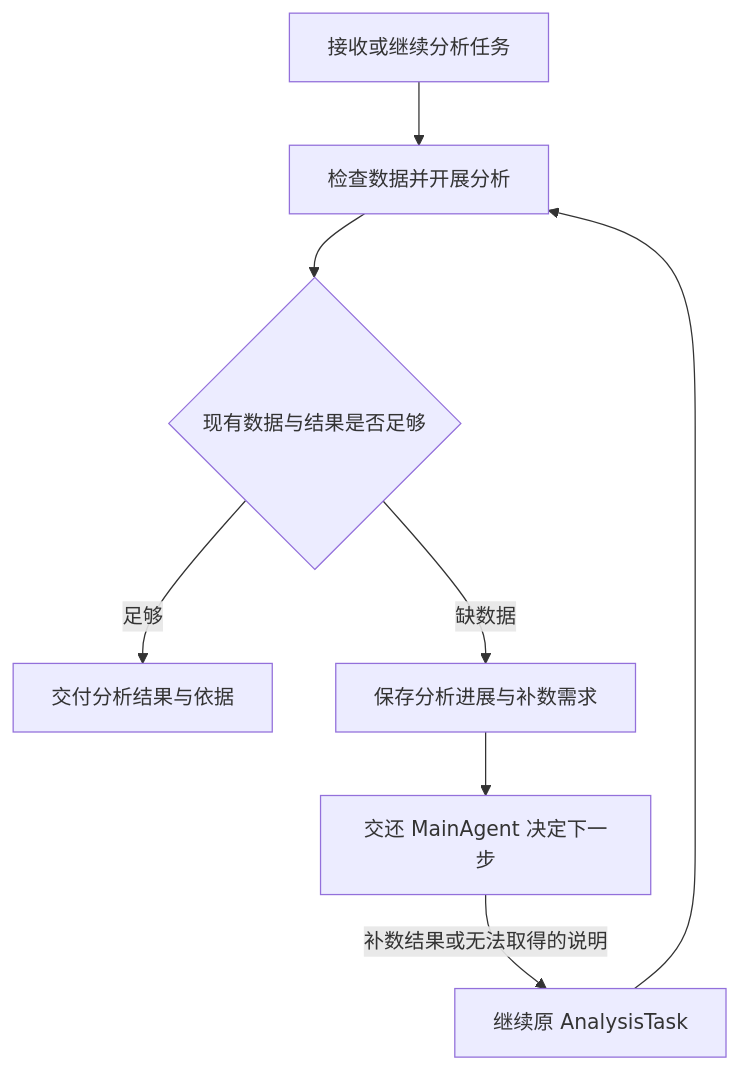
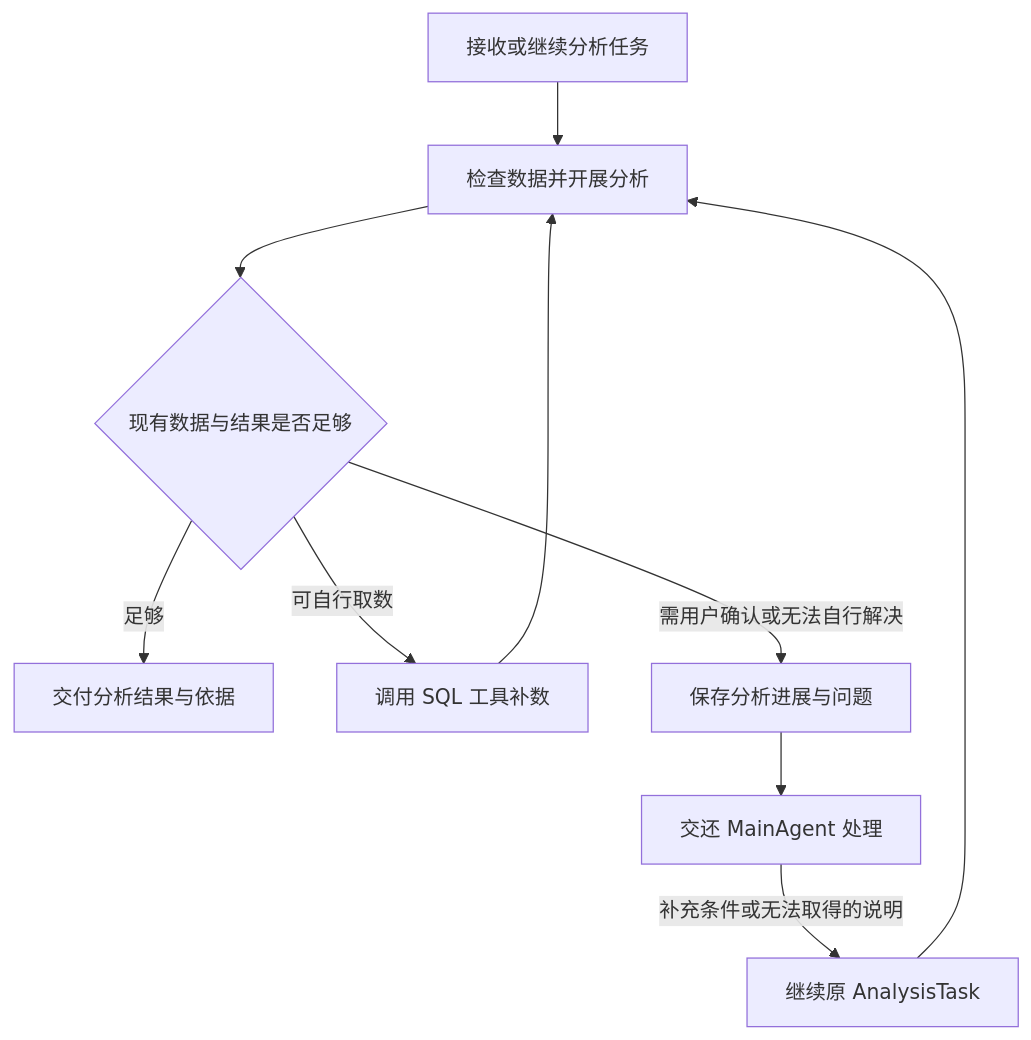
Before and after one commit to LI-S-H/qiheng-erp: the second of 2 diagrams in docs/ai-agent-architecture.md, drawn with Mermaid. The commit also changed other lines of this file and 163 other files, not shown here.

````diff
--- a/docs/ai-agent-architecture.md
+++ b/docs/ai-agent-architecture.md
@@ -144,10 +202,12 @@
 ```mermaid
 flowchart TD
     START[接收或继续分析任务] --> CHECK[检查数据并开展分析]
     CHECK --> ENOUGH{现有数据与结果是否足够}
     ENOUGH -->|足够| RESULT[交付分析结果与依据]
-    ENOUGH -->|缺数据| SAVE[保存分析进展与补数需求]
-    SAVE --> MAIN[交还 MainAgent 决定下一步]
-    MAIN -->|补数结果或无法取得的说明| RESUME[继续原 AnalysisTask]
+    ENOUGH -->|可自行取数| SQL[调用 SQL 工具补数]
+    SQL --> CHECK
+    ENOUGH -->|需用户确认或无法自行解决| SAVE[保存分析进展与问题]
+    SAVE --> MAIN[交还 MainAgent 处理]
+    MAIN -->|补充条件或无法取得的说明| RESUME[继续原 AnalysisTask]
     RESUME --> CHECK
 ```
````
